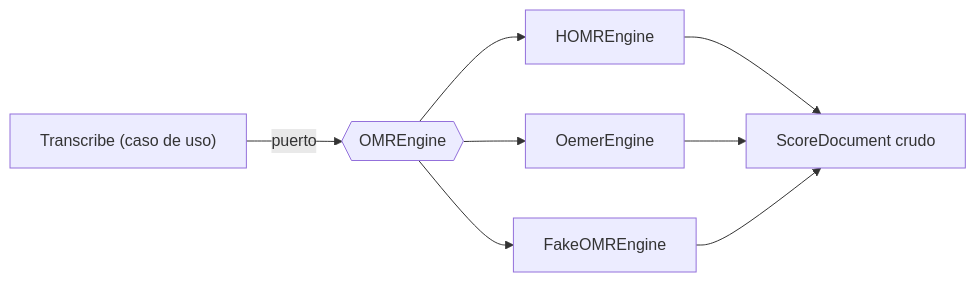
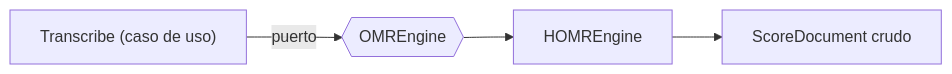
One commit to sebdavid3/Cadenza changed the sixth of 10 diagrams in docs/ARCHITECTURE.md. Above: the diagram before and after it, drawn with Mermaid. The commit also changed other lines of this file and 62 other files, not shown here.

First line of the commit message:
refactor(omr): HOMR como único motor; eliminar oemer y sacar el motor fake del producto (#130) (#132)

````diff
--- a/docs/ARCHITECTURE.md
+++ b/docs/ARCHITECTURE.md
@@ -427,10 +426,6 @@
 ```mermaid
 flowchart LR
     UC["Transcribe (caso de uso)"] -->|puerto| P{{OMREngine}}
     P --> H["HOMREngine"]
-    P --> O["OemerEngine"]
-    P --> F["FakeOMREngine"]
     H --> OUT["ScoreDocument crudo"]
-    O --> OUT
-    F --> OUT
 ```
````
